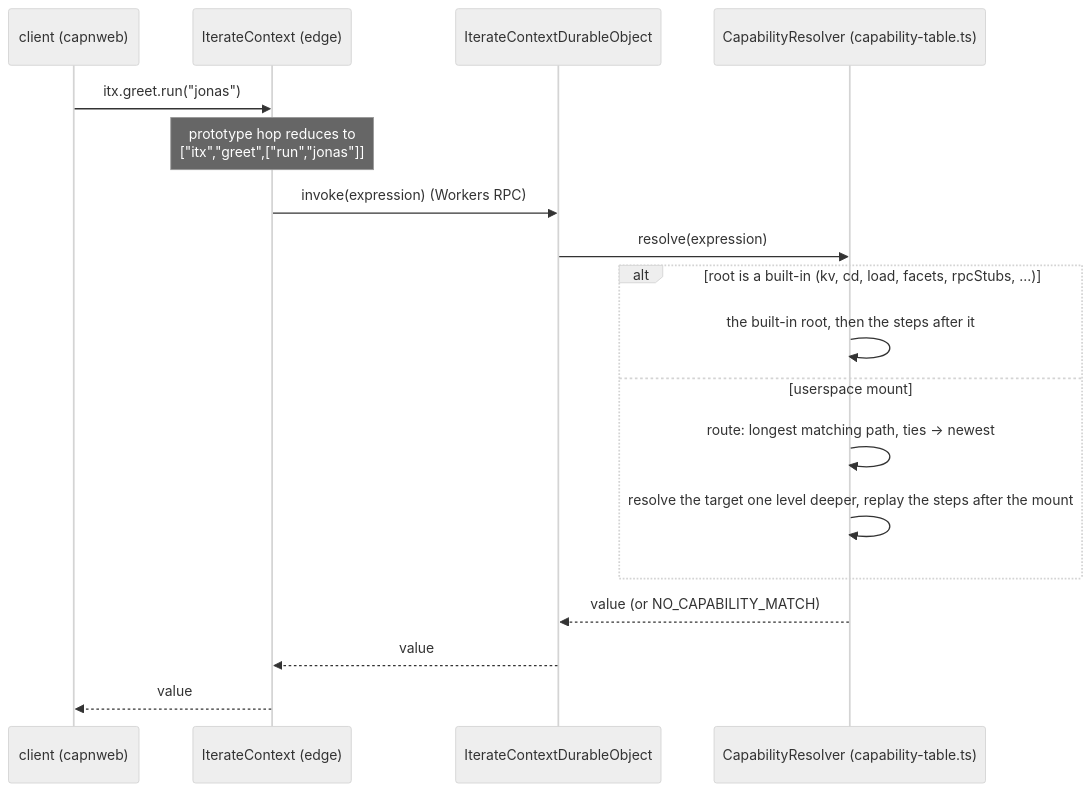
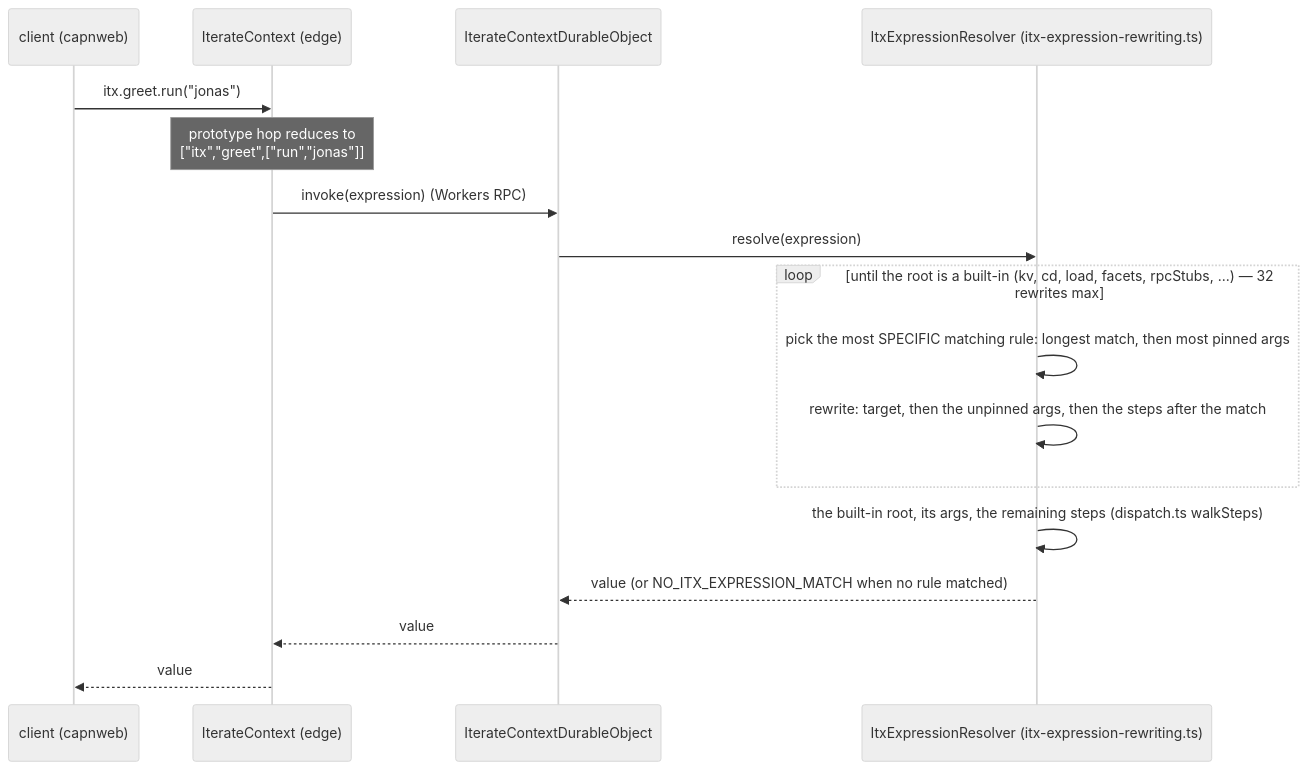
Before and after one commit to iterate/iterate: the second of 5 diagrams in packages/v3/project-worker/docs/clean-room-api-walkthrough.md, drawn with Mermaid (neutral theme). The commit also changed other lines of this file and 11 other files, not shown here.

````diff
--- a/packages/v3/project-worker/docs/clean-room-api-walkthrough.md
+++ b/packages/v3/project-worker/docs/clean-room-api-walkthrough.md
@@ -1197,20 +1319,19 @@
 ```mermaid
 sequenceDiagram
   participant C as client (capnweb)
   participant E as IterateContext (edge)
   participant D as IterateContextDurableObject
-  participant T as CapabilityResolver (capability-table.ts)
+  participant R as ItxExpressionResolver (itx-expression-rewriting.ts)
   C->>E: itx.greet.run("jonas")
   Note over E: prototype hop reduces to<br/>["itx","greet",["run","jonas"]]
   E->>D: invoke(expression)   (Workers RPC)
-  D->>T: resolve(expression)
-  alt root is a built-in (kv, cd, load, facets, rpcStubs, ...)
-    T->>T: the built-in root, then the steps after it
-  else userspace mount
-    T->>T: route: longest matching path, ties → newest
-    T->>T: resolve the target one level deeper, replay the steps after the mount
+  D->>R: resolve(expression)
+  loop until the root is a built-in (kv, cd, load, facets, rpcStubs, ...) — 32 rewrites max
+    R->>R: pick the most SPECIFIC matching rule: longest match, then most pinned args
+    R->>R: rewrite: target, then the unpinned args, then the steps after the match
   end
-  T-->>D: value (or NO_CAPABILITY_MATCH)
+  R->>R: the built-in root, its args, the remaining steps (dispatch.ts walkSteps)
+  R-->>D: value (or NO_ITX_EXPRESSION_MATCH when no rule matched)
   D-->>E: value
   E-->>C: value
 ```
````
